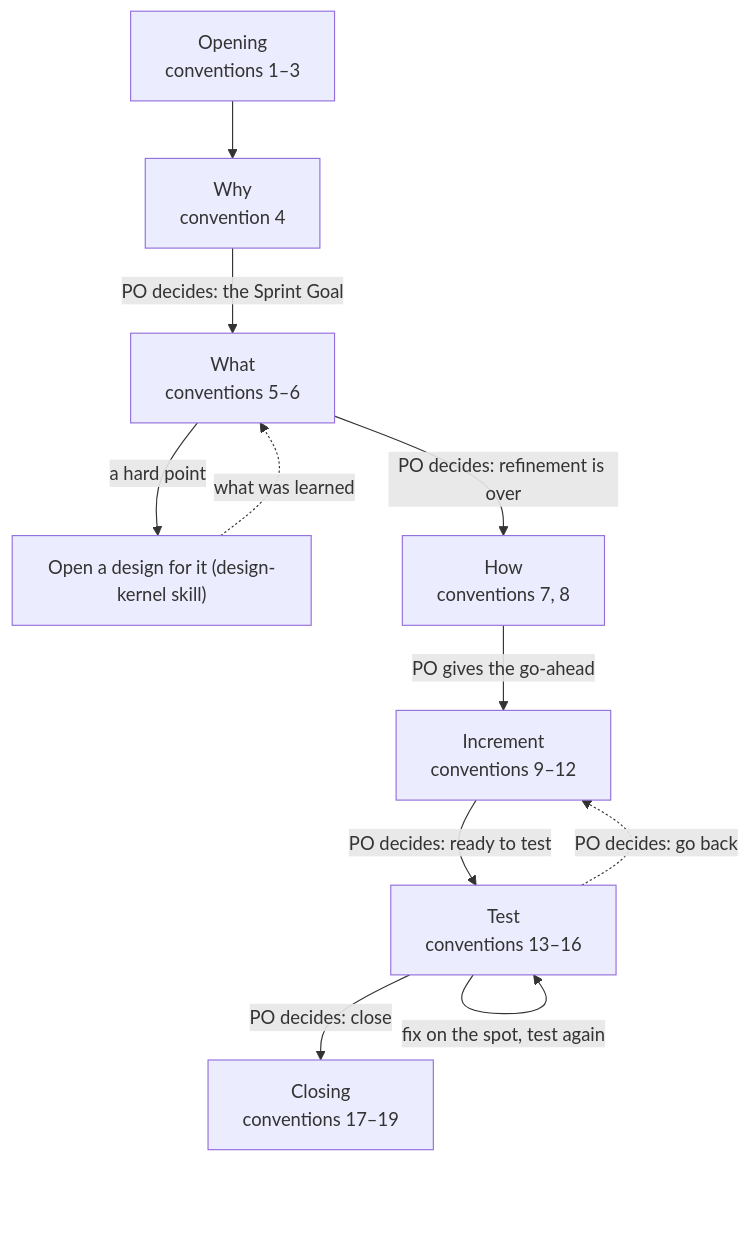
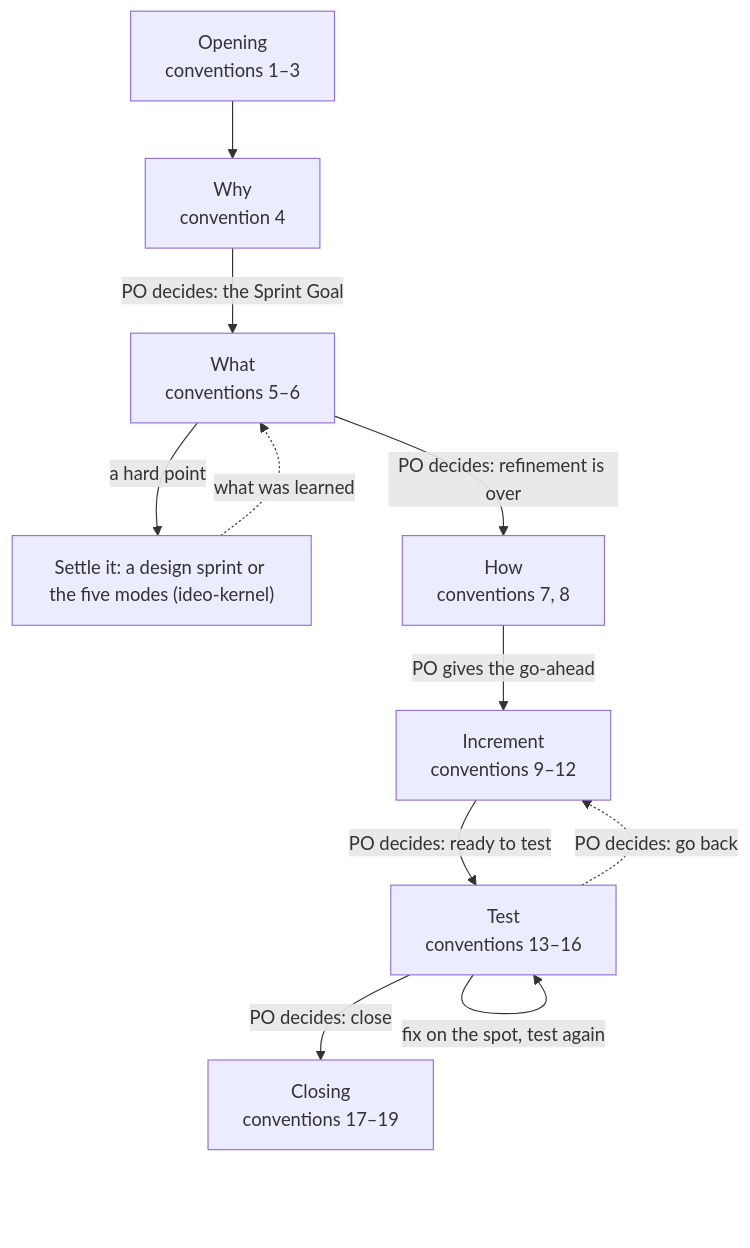
One commit to seapawn1/IDEO-Scrum changed the diagram in scrum/sprint-17-conventions-rewrite/drafts/sprint-kernel/conventions/sprint-log.md. Above: the diagram before and after it, drawn with Mermaid. The commit also changed other lines of this file and 4 other files, not shown here.

Commit message:
docs(Sprint 17): 对抗审查 5 处照改（sprint-log 5/图/26、design-log 11/19）；checklist 与 stop2 同步

````diff
--- a/scrum/sprint-17-conventions-rewrite/drafts/sprint-kernel/conventions/sprint-log.md
+++ b/scrum/sprint-17-conventions-rewrite/drafts/sprint-kernel/conventions/sprint-log.md
@@ -10,13 +10,13 @@
 ```mermaid
 flowchart TD
     A["Opening<br/>conventions 1–3"] --> W["Why<br/>convention 4"]
     W -- "PO decides: the Sprint Goal" --> H["What<br/>conventions 5–6"]
-    H -- "a hard point" --> D["Open a design for it (design-kernel skill)"]
+    H -- "a hard point" --> D["Settle it: a design sprint or the five modes (ideo-kernel)"]
     D -. "what was learned" .-> H
     H -- "PO decides: refinement is over" --> P["How<br/>conventions 7, 8"]
     P -- "PO gives the go-ahead" --> I["Increment<br/>conventions 9–12"]
     I -- "PO decides: ready to test" --> T["Test<br/>conventions 13–16"]
     T -- "fix on the spot, test again" --> T
     T -- "PO decides: close" --> C["Closing<br/>conventions 17–19"]
     T -. "PO decides: go back" .-> I
 ```
````
